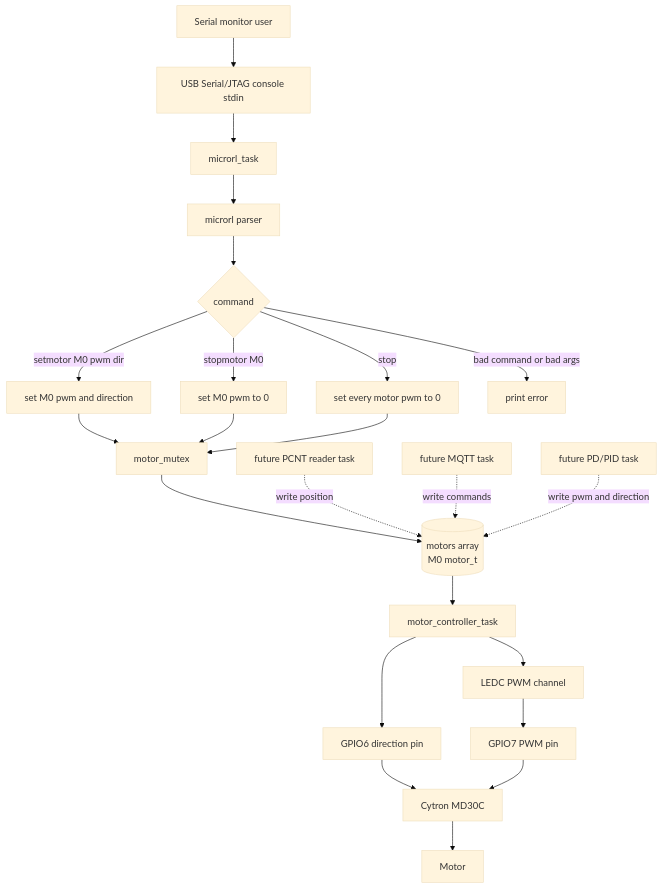
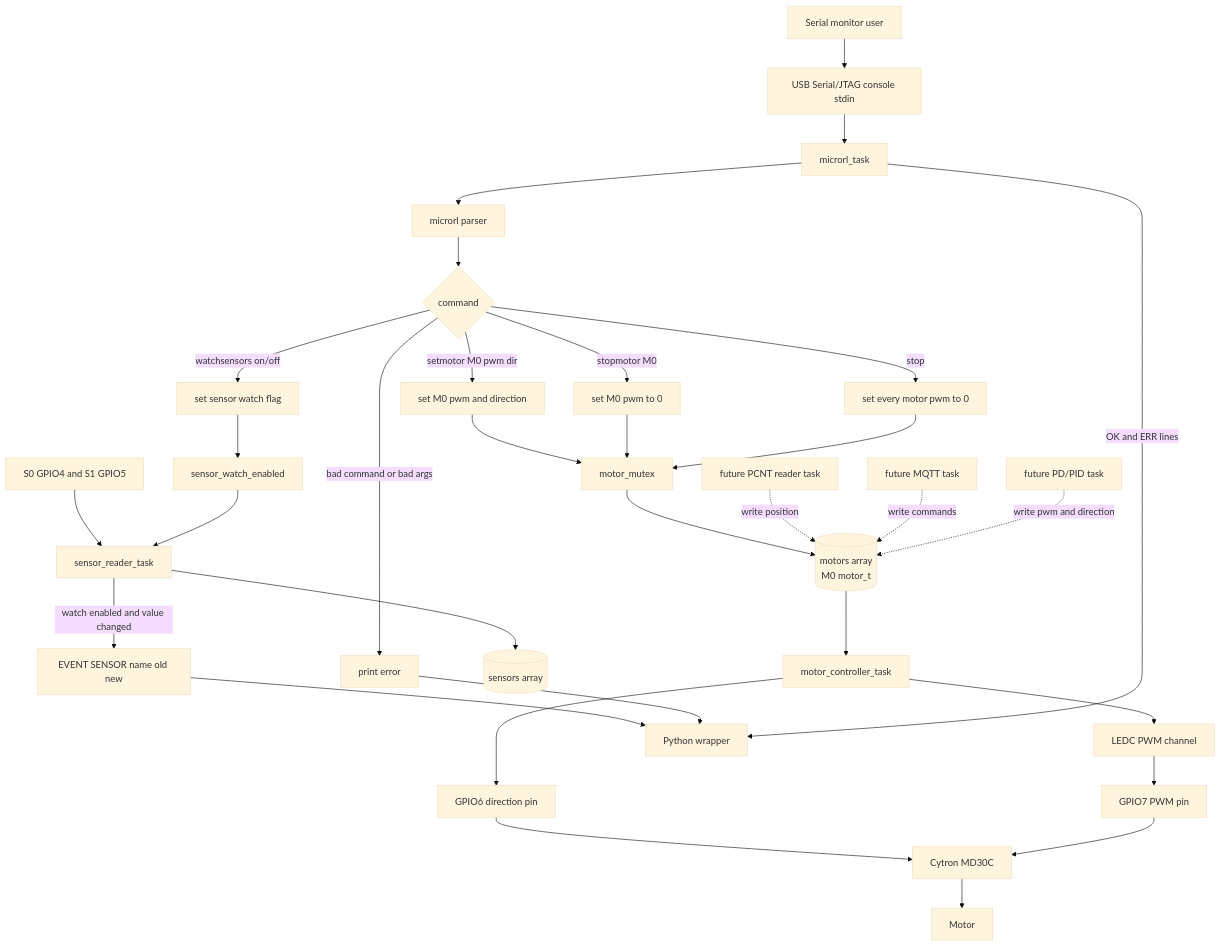
Before and after one commit to anbu-05/conveyor_control_firmware: the diagram in docs/architecture.mmd, drawn with Mermaid (base theme). The commit also changed 5 other files, not shown here.

```diff
--- a/docs/architecture.mmd
+++ b/docs/architecture.mmd
@@ -1,29 +1,39 @@
 flowchart TD
     User[Serial monitor user] --> Console[USB Serial/JTAG console stdin]
     Console --> MicrorlTask[microrl_task]
     MicrorlTask --> Parser[microrl parser]
     Parser --> Commands{command}
 
     Commands -->|setmotor M0 pwm dir| SetMotor[set M0 pwm and direction]
     Commands -->|stopmotor M0| StopMotor[set M0 pwm to 0]
     Commands -->|stop| StopAll[set every motor pwm to 0]
+    Commands -->|watchsensors on/off| WatchSensors[set sensor watch flag]
     Commands -->|bad command or bad args| Error[print error]
 
     SetMotor --> Mutex[motor_mutex]
     StopMotor --> Mutex
     StopAll --> Mutex
 
     Mutex --> MotorStruct[(motors array\nM0 motor_t)]
 
     MotorStruct --> ControllerTask[motor_controller_task]
     ControllerTask --> DirectionGPIO[GPIO6 direction pin]
     ControllerTask --> LEDC[LEDC PWM channel]
     LEDC --> PWMGPIO[GPIO7 PWM pin]
 
     DirectionGPIO --> MD30C[Cytron MD30C]
     PWMGPIO --> MD30C
     MD30C --> Motor[Motor]
 
+    SensorGPIO[S0 GPIO4 and S1 GPIO5] --> SensorTask[sensor_reader_task]
+    SensorTask --> SensorStruct[(sensors array)]
+    SensorTask -->|watch enabled and value changed| SensorEvent[EVENT SENSOR name old new]
+    WatchSensors --> SensorWatchFlag[sensor_watch_enabled]
+    SensorWatchFlag --> SensorTask
+    SensorEvent --> PythonWrapper[Python wrapper]
+    Error --> PythonWrapper
+    MicrorlTask -->|OK and ERR lines| PythonWrapper
+
     FuturePCNT[future PCNT reader task] -.->|write position| MotorStruct
     FutureMQTT[future MQTT task] -.->|write commands| MotorStruct
     FuturePID[future PD/PID task] -.->|write pwm and direction| MotorStruct
```
